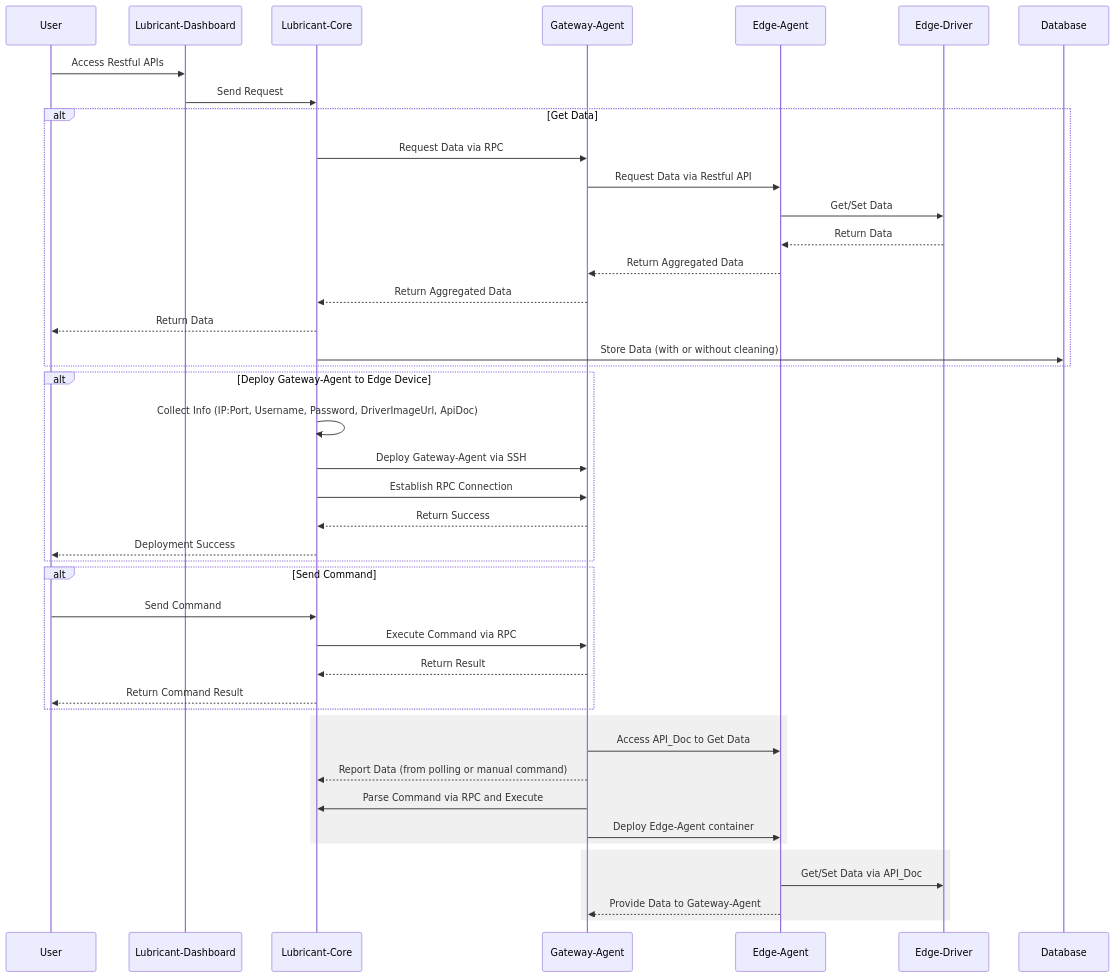
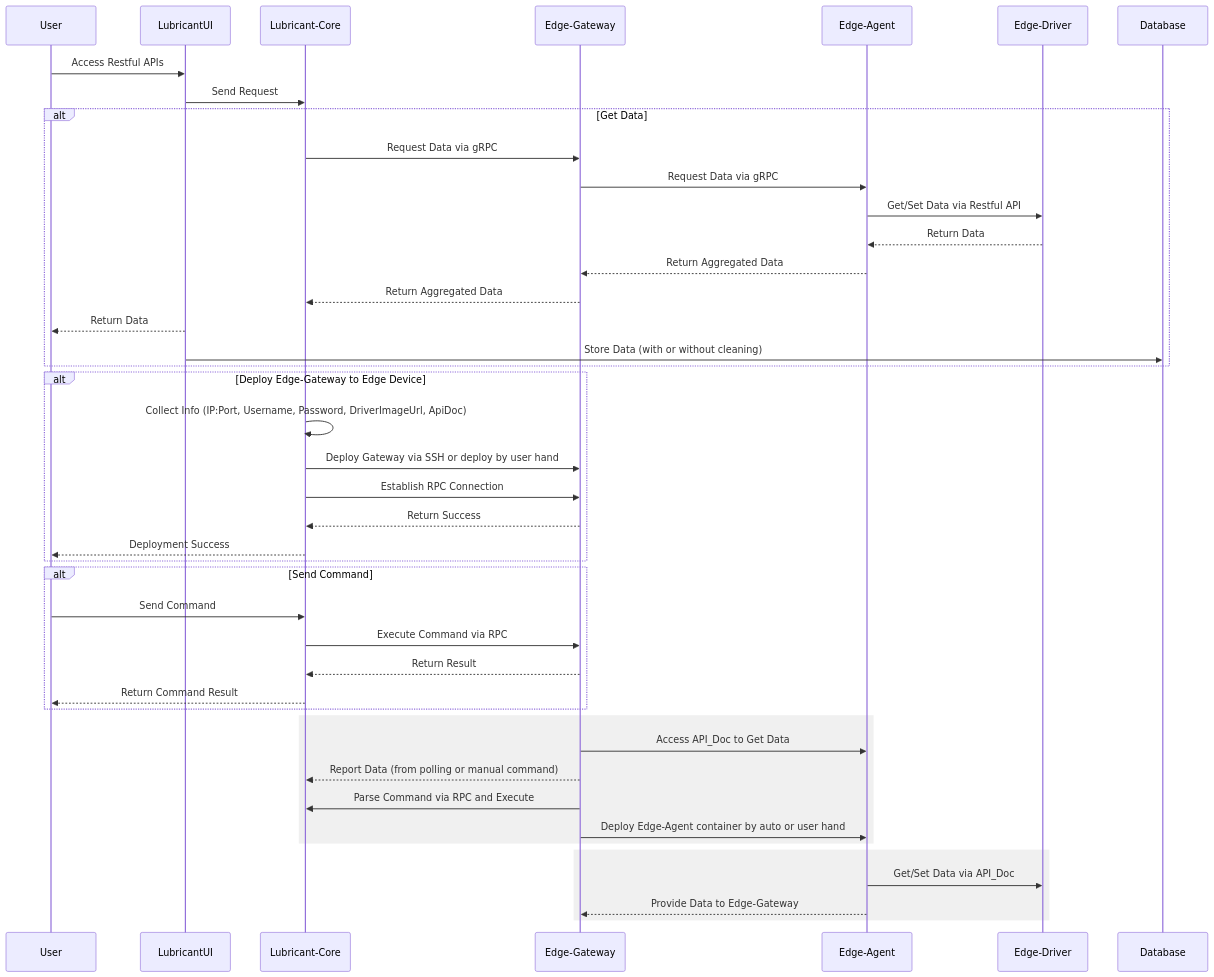
One commit to AEnjoy/IoT-lubricant changed the diagram in docs/design.md. Above: the diagram before and after it, drawn with Mermaid.

Commit message:
docs: update architecture diagram in design.md
- Rename Lubricant-Dashboard to LubricantUI
- Rename Gateway-Agent to Edge-Gateway
- Update communication protocols:
  - User to LubricantUI: Restful APIs
  - Lubricant-Core to Edge-Gateway: gRPC - Edge-Gateway to Edge-Agent: gRPC
  - Edge-Agent to Edge-Driver: Restful API
 - Update data flow and deployment process
 - Adjust command execution and reporting mechanisms

````diff
--- a/docs/design.md
+++ b/docs/design.md
@@ -43,51 +43,51 @@
 ```mermaid
 sequenceDiagram
    participant User
-   participant Lubricant-Dashboard
+   participant LubricantUI
 participant Lubricant-Core
-participant Gateway-Agent
+participant Edge-Gateway
 participant Edge-Agent
 participant Edge-Driver
 participant Database
 
-User->>Lubricant-Dashboard: Access Restful APIs
-Lubricant-Dashboard->>Lubricant-Core: Send Request
+User->>LubricantUI: Access Restful APIs
+LubricantUI->>Lubricant-Core: Send Request
 
 alt Get Data
-Lubricant-Core->>Gateway-Agent: Request Data via RPC
-Gateway-Agent->>Edge-Agent: Request Data via Restful API
-Edge-Agent->>Edge-Driver: Get/Set Data
+Lubricant-Core->>Edge-Gateway: Request Data via gRPC
+Edge-Gateway->>Edge-Agent: Request Data via gRPC
+Edge-Agent->>Edge-Driver: Get/Set Data via Restful API
 Edge-Driver-->>Edge-Agent: Return Data
-Edge-Agent-->>Gateway-Agent: Return Aggregated Data
-Gateway-Agent-->>Lubricant-Core: Return Aggregated Data
-Lubricant-Core-->>User: Return Data
-Lubricant-Core->>Database: Store Data (with or without cleaning)
+Edge-Agent-->>Edge-Gateway: Return Aggregated Data
+Edge-Gateway-->>Lubricant-Core: Return Aggregated Data
+LubricantUI-->>User: Return Data
+LubricantUI->>Database: Store Data (with or without cleaning)
 end
 
-alt Deploy Gateway-Agent to Edge Device
+alt Deploy Edge-Gateway to Edge Device
 Lubricant-Core->>Lubricant-Core: Collect Info (IP:Port, Username, Password, DriverImageUrl, ApiDoc)
-Lubricant-Core->>Gateway-Agent: Deploy Gateway-Agent via SSH
-Lubricant-Core->>Gateway-Agent: Establish RPC Connection
-Gateway-Agent-->>Lubricant-Core: Return Success
+Lubricant-Core->>Edge-Gateway: Deploy Gateway via SSH or deploy by user hand
+Lubricant-Core->>Edge-Gateway: Establish RPC Connection
+Edge-Gateway-->>Lubricant-Core: Return Success
 Lubricant-Core-->>User: Deployment Success
 end
 
 alt Send Command
 User->>Lubricant-Core: Send Command
-Lubricant-Core->>Gateway-Agent: Execute Command via RPC
-Gateway-Agent-->>Lubricant-Core: Return Result
+Lubricant-Core->>Edge-Gateway: Execute Command via RPC
+Edge-Gateway-->>Lubricant-Core: Return Result
 Lubricant-Core-->>User: Return Command Result
 end
 
 rect rgb(240, 240, 240)
-Gateway-Agent->>Edge-Agent: Access API_Doc to Get Data
-Gateway-Agent-->>Lubricant-Core: Report Data (from polling or manual command)
-Gateway-Agent->>Lubricant-Core: Parse Command via RPC and Execute
-Gateway-Agent->>Edge-Agent: Deploy Edge-Agent container
+Edge-Gateway->>Edge-Agent: Access API_Doc to Get Data
+Edge-Gateway-->>Lubricant-Core: Report Data (from polling or manual command)
+Edge-Gateway->>Lubricant-Core: Parse Command via RPC and Execute
+Edge-Gateway->>Edge-Agent: Deploy Edge-Agent container by auto or user hand
 end
 
 rect rgb(240, 240, 240)
 Edge-Agent->>Edge-Driver: Get/Set Data via API_Doc
-Edge-Agent-->>Gateway-Agent: Provide Data to Gateway-Agent
+Edge-Agent-->>Edge-Gateway: Provide Data to Edge-Gateway
 end
 ```
````
